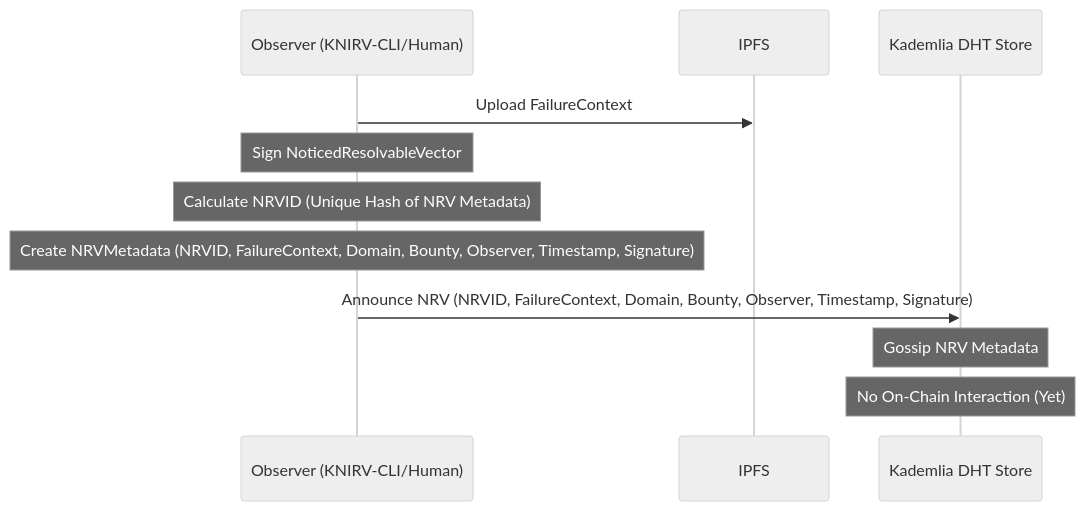
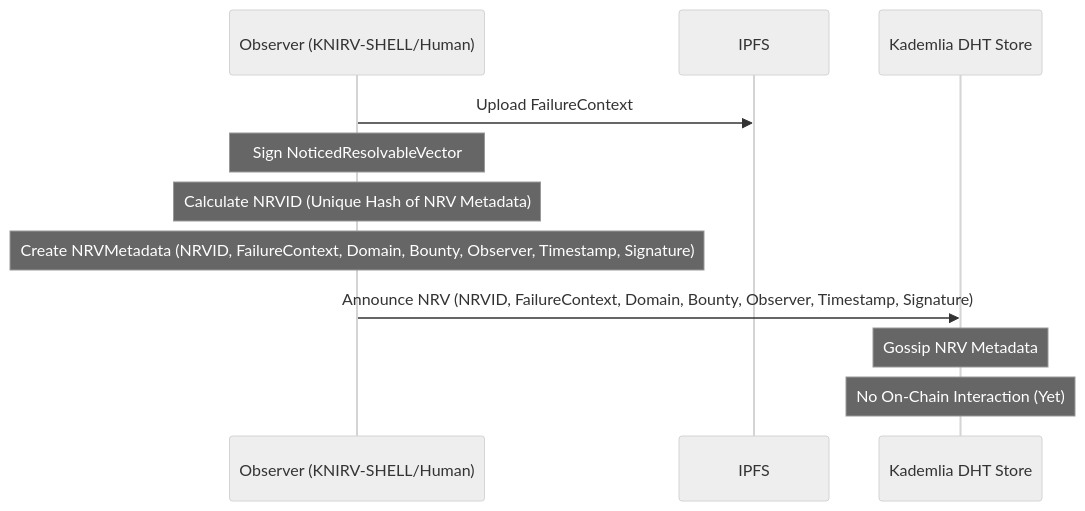
The first of 9 diagrams in KNIRVGATEWAY/network-website/public/documentation/docsify/whitepapers/KNIRV-GRAPH_Whitepaper.md (guiperry/KNIRV_NETWORK), drawn with Mermaid (neutral theme) before and after one commit. The commit also changed other lines of this file and 11499 other files, not shown here.

````diff
--- a/KNIRVGATEWAY/network-website/public/documentation/docsify/whitepapers/KNIRV-GRAPH_Whitepaper.md
+++ b/KNIRVGATEWAY/network-website/public/documentation/docsify/whitepapers/KNIRV-GRAPH_Whitepaper.md
@@ -130,14 +130,14 @@
 ```mermaid
 sequenceDiagram
-    participant Obs as Observer (KNIRV-CLI/Human)
+    participant Obs as Observer (KNIRV-SHELL/Human)
     participant IPFS
     participant DHT as Kademlia DHT Store
     
     Obs->>IPFS: Upload FailureContext
     Note over Obs: Sign NoticedResolvableVector
     Note over Obs: Calculate NRVID (Unique Hash of NRV Metadata)
     Note over Obs: Create NRVMetadata (NRVID, FailureContext, Domain, Bounty, Observer, Timestamp, Signature)
     Obs->>DHT: Announce NRV (NRVID, FailureContext, Domain, Bounty, Observer, Timestamp, Signature)
     Note over DHT: Gossip NRV Metadata
     Note over DHT: No On-Chain Interaction (Yet)
 ```
````
